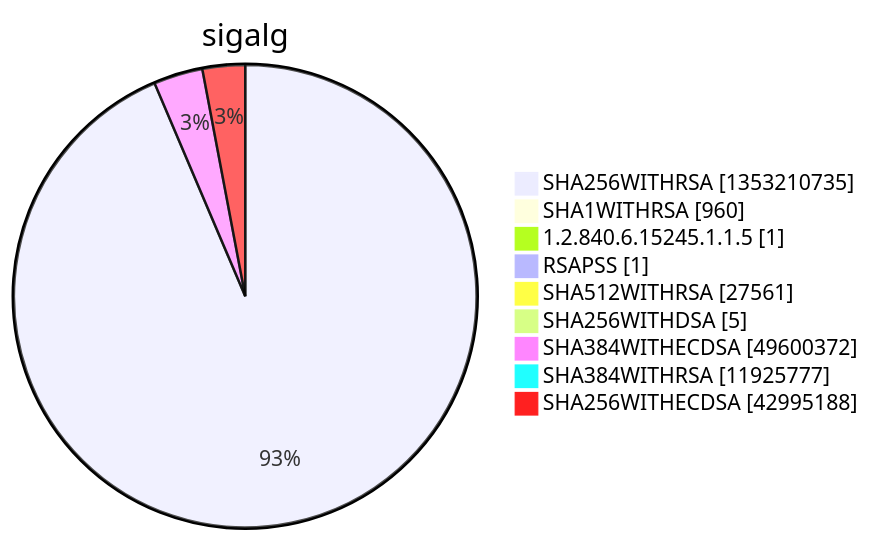
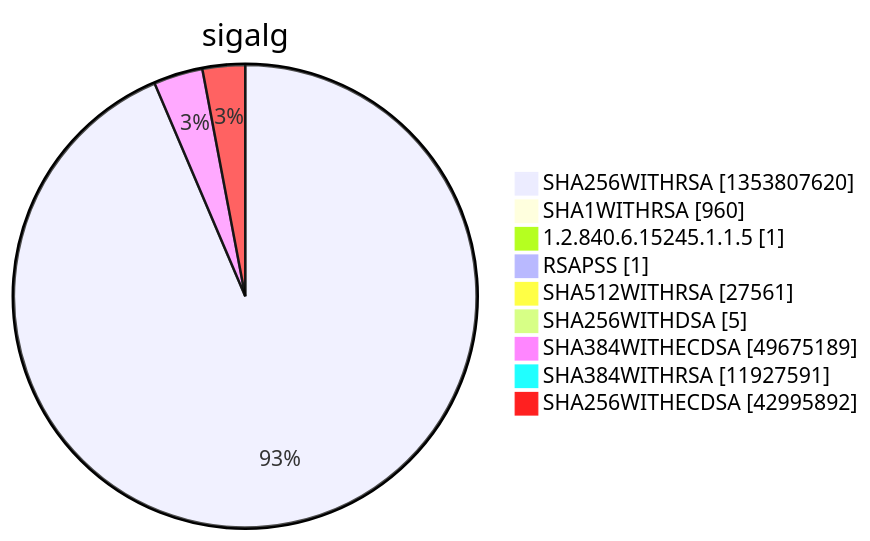
One commit to christiankrug/ctmonitor_visualization changed diagram 15 of 15 in argon2022/README.md. Above: the diagram before and after it, drawn with Mermaid. The commit also changed other lines of this file, not shown here.

````diff
--- a/argon2022/README.md
+++ b/argon2022/README.md
@@ -5524,13 +5524,13 @@
 ```mermaid
 pie showData
 title sigalg
-"SHA256WITHRSA" :1353210735
+"SHA256WITHRSA" :1353807620
 "SHA1WITHRSA" :960
 "1.2.840.6.15245.1.1.5" :1
 "RSAPSS" :1
 "SHA512WITHRSA" :27561
 "SHA256WITHDSA" :5
-"SHA384WITHECDSA" :49600372
-"SHA384WITHRSA" :11925777
-"SHA256WITHECDSA" :42995188
+"SHA384WITHECDSA" :49675189
+"SHA384WITHRSA" :11927591
+"SHA256WITHECDSA" :42995892
 ```
````
